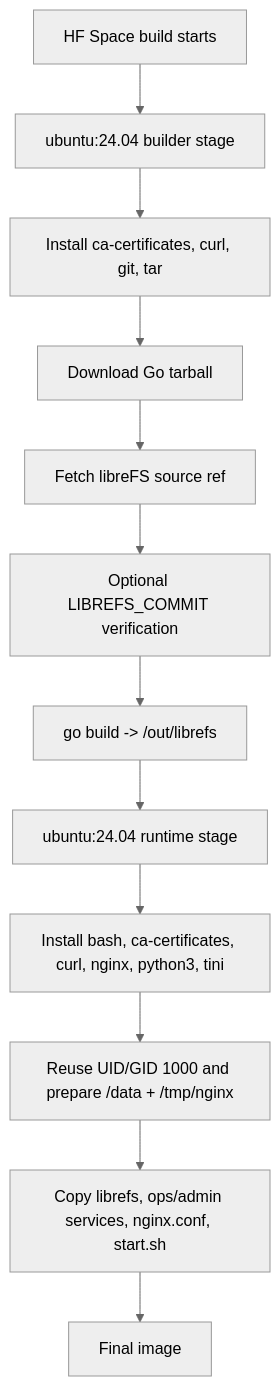
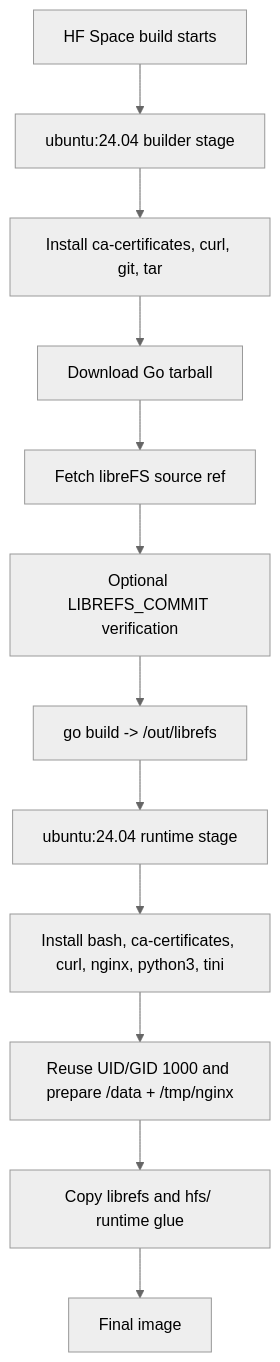
The first of 2 diagrams in docs/architecture.md (BlueSkyXN/libreFS-HFS), drawn with Mermaid (neutral theme) before and after one commit. The commit also changed other lines of this file and 21 other files, not shown here.

Commit message:
Align HFS runtime layout

````diff
--- a/docs/architecture.md
+++ b/docs/architecture.md
@@ -24,14 +26,14 @@
 ```mermaid
 flowchart TD
   A["HF Space build starts"] --> B["ubuntu:24.04 builder stage"]
   B --> C["Install ca-certificates, curl, git, tar"]
   C --> D["Download Go tarball"]
   D --> E["Fetch libreFS source ref"]
   E --> F["Optional LIBREFS_COMMIT verification"]
   F --> G["go build -> /out/librefs"]
   G --> H["ubuntu:24.04 runtime stage"]
   H --> I["Install bash, ca-certificates, curl, nginx, python3, tini"]
   I --> J["Reuse UID/GID 1000 and prepare /data + /tmp/nginx"]
-  J --> K["Copy librefs, ops/admin services, nginx.conf, start.sh"]
+  J --> K["Copy librefs and hfs/ runtime glue"]
   K --> L["Final image"]
 ```
````
